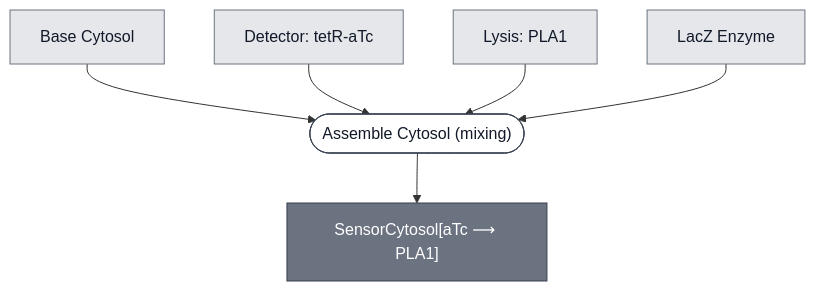
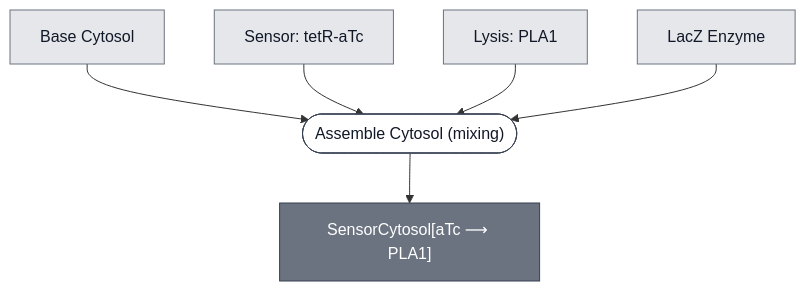
The diagram in docs/modules/atc-sensor-cytosol/spec.md (nucleus-eng/nucleus-docs), drawn with Mermaid before and after one commit. The commit also changed 25 other files, not shown here.

First line of the commit message:
Detector becomes Sensor in titles, and the cytosol labels lose their parentheses

````diff
--- a/docs/modules/atc-sensor-cytosol/spec.md
+++ b/docs/modules/atc-sensor-cytosol/spec.md
@@ -31,31 +31,31 @@
 ```mermaid
 flowchart TD
     BASE_CYTOSOL["Base Cytosol"]
-    DETECTOR_TETR_ATC["Detector: tetR-aTc"]
+    DETECTOR_TETR_ATC["Sensor: tetR-aTc"]
     EFFECTOR_PLA1["Lysis: PLA1"]
     REPORTER_LACZ_ENZYME["LacZ Enzyme"]
 
     P1_ASSEMBLE_CYTOSOL_0(["Assemble Cytosol (mixing)"])
     ATC_SENSOR_CYTOSOL["SensorCytosol[aTc ⟶ PLA1]"]
 
     BASE_CYTOSOL --> P1_ASSEMBLE_CYTOSOL_0
     DETECTOR_TETR_ATC --> P1_ASSEMBLE_CYTOSOL_0
     EFFECTOR_PLA1 --> P1_ASSEMBLE_CYTOSOL_0
     REPORTER_LACZ_ENZYME --> P1_ASSEMBLE_CYTOSOL_0
     P1_ASSEMBLE_CYTOSOL_0 --> ATC_SENSOR_CYTOSOL
 
 
     classDef leaf     fill:#e5e7eb,stroke:#6b7280,color:#111827;
     classDef composed fill:#6b7280,stroke:#374151,color:#ffffff;
     classDef process  fill:#ffffff,stroke:#374151,color:#111827;
     class BASE_CYTOSOL,DETECTOR_TETR_ATC,EFFECTOR_PLA1,REPORTER_LACZ_ENZYME leaf;
     class ATC_SENSOR_CYTOSOL composed;
     class P1_ASSEMBLE_CYTOSOL_0 process;
 
     click BASE_CYTOSOL "/docs/modules/base-cytosol/spec"
     click DETECTOR_TETR_ATC "/docs/modules/detector-tetr-atc/spec"
     click EFFECTOR_PLA1 "/docs/modules/effector-pla1/spec"
     click REPORTER_LACZ_ENZYME "/docs/modules/reporter-lacz-enzyme/spec"
     click P1_ASSEMBLE_CYTOSOL_0 "/docs/processes/assemble-cytosol/assemble-cytosol-main"
     click ATC_SENSOR_CYTOSOL "/docs/modules/atc-sensor-cytosol/spec"
 ```
````
